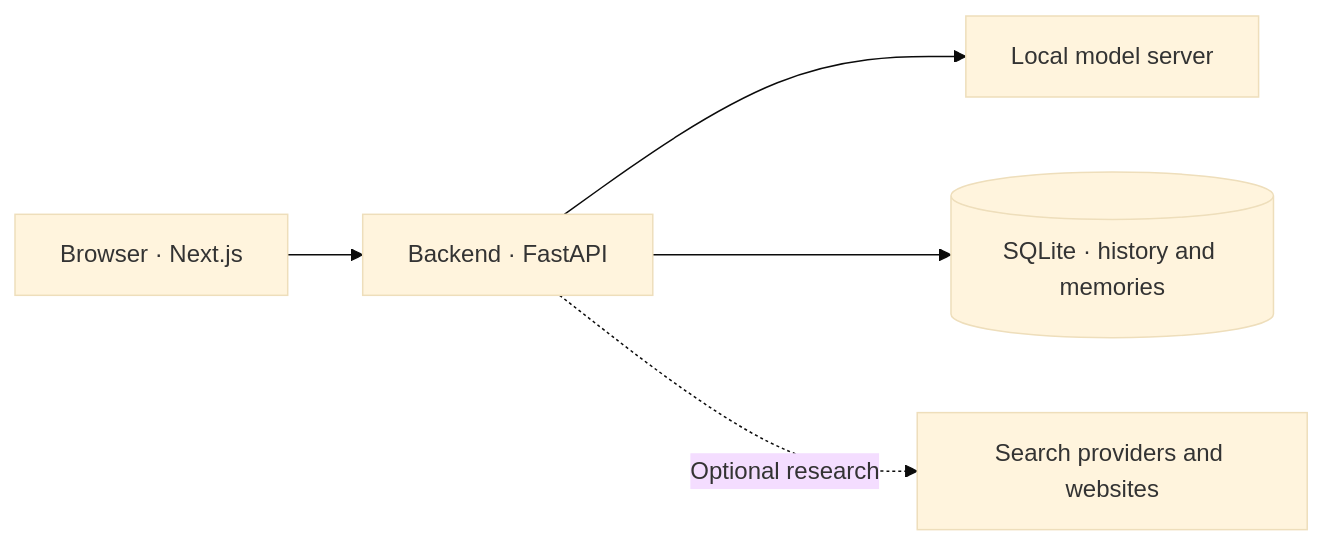
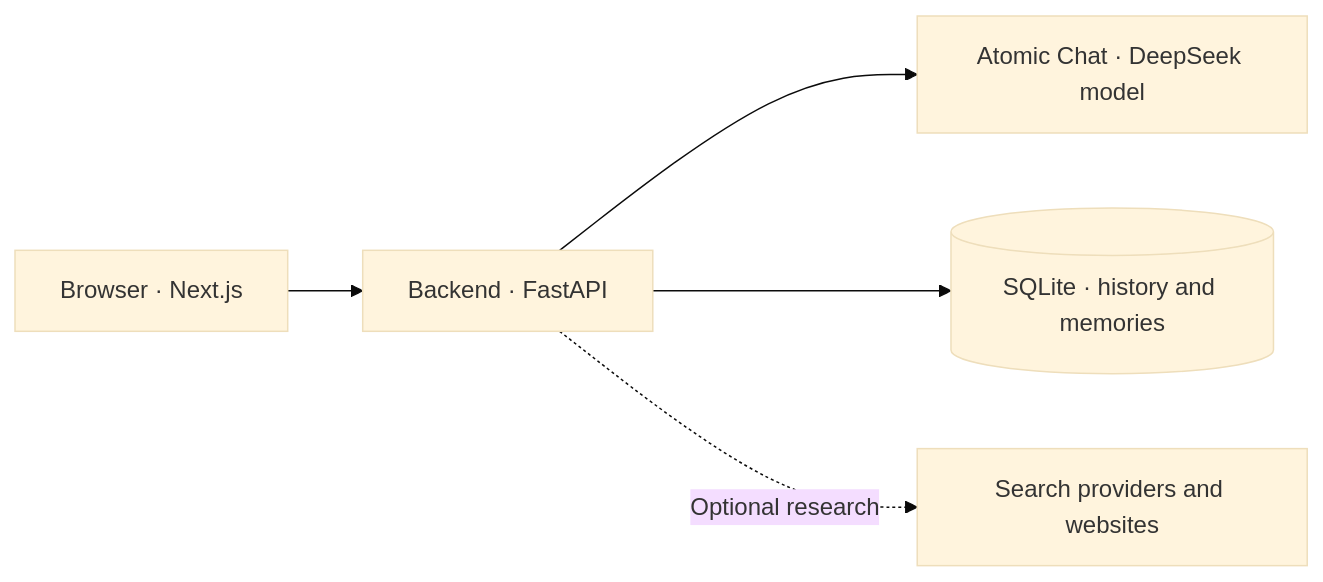
One commit to mixgamer159753/LocalGPT changed the diagram in README.md. Above: the diagram before and after it, drawn with Mermaid (base theme). The commit also changed other lines of this file and 6 other files, not shown here.

Commit message:
Align project defaults and documentation with Atomic Chat

````diff
--- a/README.md
+++ b/README.md
@@ -23,7 +23,7 @@
 ```mermaid
 flowchart LR
     UI["Browser · Next.js"] --> API["Backend · FastAPI"]
-    API --> LLM["Local model server"]
+    API --> LLM["Atomic Chat · DeepSeek model"]
     API --> DB[("SQLite · history and memories")]
     API -. "Optional research" .-> WEB["Search providers and websites"]
 ```
````
